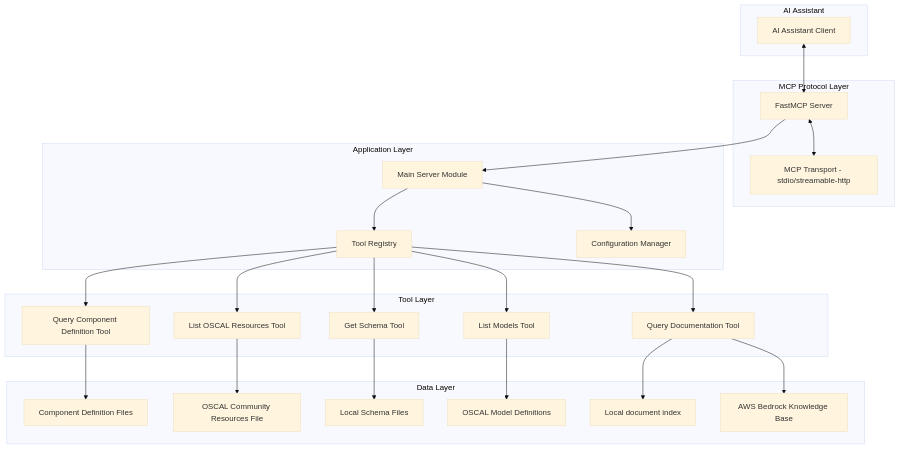
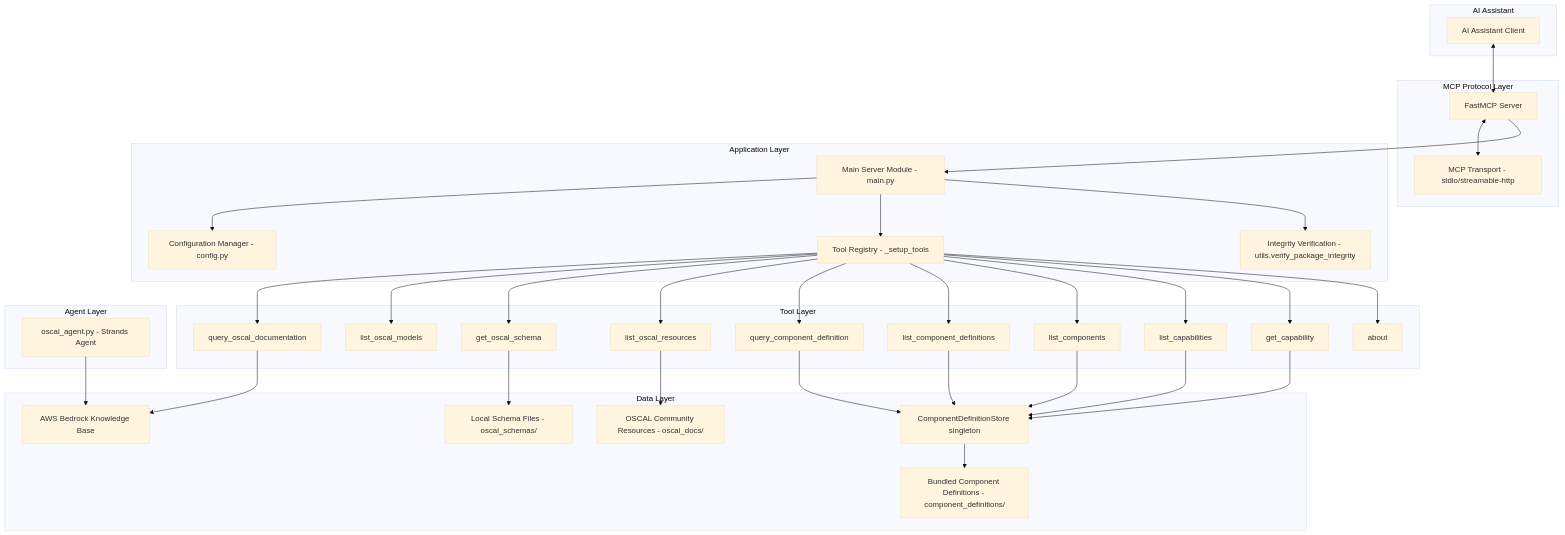
Before and after one commit to awslabs/mcp-server-for-oscal: the diagram in .kiro/specs/oscal-mcp-server/design.md, drawn with Mermaid (base theme). The commit also changed other lines of this file and 12 other files, not shown here.

````diff
--- a/.kiro/specs/oscal-mcp-server/design.md
+++ b/.kiro/specs/oscal-mcp-server/design.md
@@ -13,51 +25,57 @@
 ```mermaid
 graph TB
     subgraph "AI Assistant"
         A[AI Assistant Client]
     end
-    
+
     subgraph "MCP Protocol Layer"
         B[FastMCP Server]
         C[MCP Transport - stdio/streamable-http]
     end
-    
+
     subgraph "Application Layer"
-        D[Main Server Module]
-        E[Configuration Manager]
-        F[Tool Registry]
+        D[Main Server Module - main.py]
+        E[Configuration Manager - config.py]
+        F[Tool Registry - _setup_tools]
+        G[Integrity Verification - utils.verify_package_integrity]
     end
-    
+
     subgraph "Tool Layer"
-        G[Query Documentation Tool]
-        H[List Models Tool]
-        I[Get Schema Tool]
-        J[List OSCAL Resources Tool]
-        K[Query Component Definition Tool]
+        H[query_oscal_documentation]
+        I[list_oscal_models]
+        J[get_oscal_schema]
+        K[list_oscal_resources]
+        L[query_component_definition]
+        M[list_component_definitions]
+        N[list_components]
+        O[list_capabilities]
+        P[get_capability]
+        Q[about]
     end
-    
+
     subgraph "Data Layer"
-        L[AWS Bedrock Knowledge Base]
-        M[Local Schema Files]
-        N[OSCAL Model Definitions]
-        O[Local document index]
-        P[OSCAL Community Resources File]
-        Q[Component Definition Files]
+        R[ComponentDefinitionStore singleton]
+        S[AWS Bedrock Knowledge Base]
+        T[Local Schema Files - oscal_schemas/]
+        U[OSCAL Community Resources - oscal_docs/]
+        V[Bundled Component Definitions - component_definitions/]
     end
-    
+
+    subgraph "Agent Layer"
+        W[oscal_agent.py - Strands Agent]
+    end
+
     A <--> B
     B <--> C
     B --> D
     D --> E
     D --> F
-    F --> G
-    F --> H
-    F --> I
-    F --> J
-    F --> K
-    G --> L
-    G --> O
-    H --> N
-    I --> M
-    J --> P
-    K --> Q
+    D --> G
+    F --> H & I & J & K & L & M & N & O & P & Q
+    H --> S
+    J --> T
+    K --> U
+    L & M & N & O & P --> R
+    R --> V
+    W --> S
 ```
````
